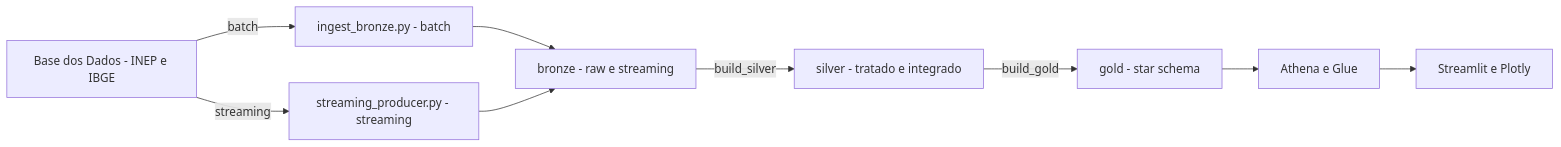
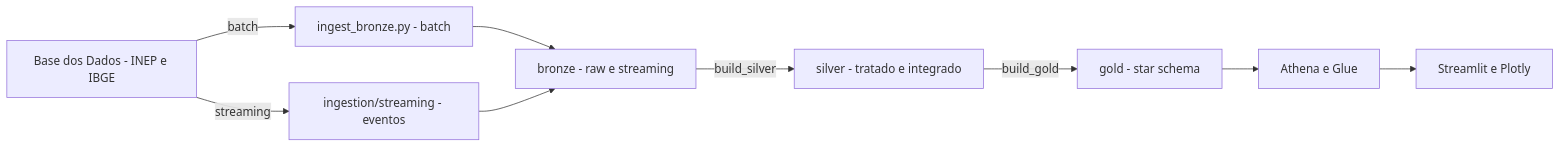
The diagram in README.md (leonardoaz98/aws-tech-challenge2-fiap), drawn with Mermaid before and after one commit. The commit also changed other lines of this file, not shown here.

````diff
--- a/README.md
+++ b/README.md
@@ -27,19 +27,19 @@
 ```mermaid
 flowchart LR
     BD["Base dos Dados - INEP e IBGE"]
     B["ingest_bronze.py - batch"]
-    S["streaming_producer.py - streaming"]
+    S["ingestion/streaming - eventos"]
     BRONZE["bronze - raw e streaming"]
     SILVER["silver - tratado e integrado"]
     GOLD["gold - star schema"]
     ATHENA["Athena e Glue"]
     DASH["Streamlit e Plotly"]
     BD -->|batch| B
     BD -->|streaming| S
     B --> BRONZE
     S --> BRONZE
     BRONZE -->|build_silver| SILVER
     SILVER -->|build_gold| GOLD
     GOLD --> ATHENA
     ATHENA --> DASH
 ```
````
